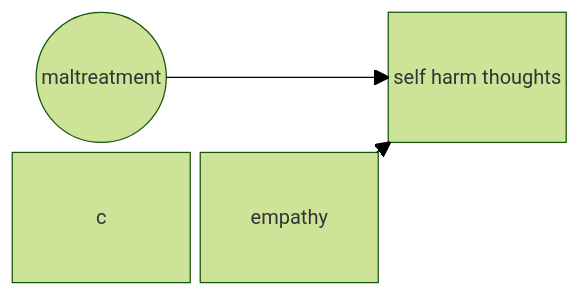
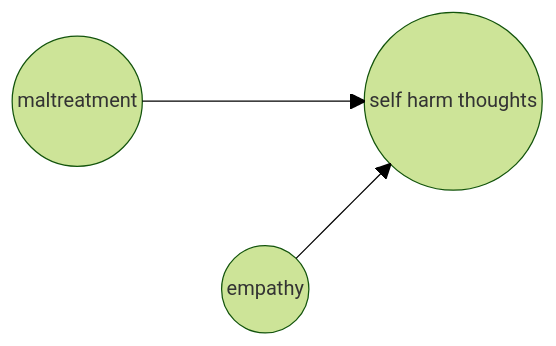
One commit to agrogan1/closeread changed the diagram in empathy/README.md. Above: the diagram before and after it, drawn with Mermaid (forest theme).

````diff
--- a/empathy/README.md
+++ b/empathy/README.md
@@ -12,9 +12,10 @@
 ```mermaid
 block
   columns 3
   m space sh
-  c   e   space
+  space   e   space
 
-m(("maltreatment")) --> sh["self harm thoughts"]
-e["empathy"] --> sh
+m(("maltreatment")) --> sh(("self harm thoughts"))
+
+e(("empathy")) --> sh
 ```
````
